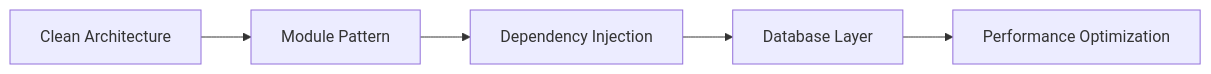
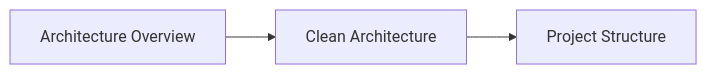
The third of 3 diagrams in apps/documentation/api-documentation/guides/README.md (mathieusouflis/HETIC-projet-cinema), drawn with Mermaid before and after one commit. The commit also changed other lines of this file and 34 other files, not shown here.

````diff
--- a/apps/documentation/api-documentation/guides/README.md
+++ b/apps/documentation/api-documentation/guides/README.md
@@ -76,7 +76,4 @@
 ```mermaid
 graph LR
-    A[Clean Architecture] --> B[Module Pattern]
-    B --> C[Dependency Injection]
-    C --> D[Database Layer]
-    D --> E[Performance Optimization]
+    A[Architecture Overview] --> B[Clean Architecture] --> C[Project Structure]
 ```
````
